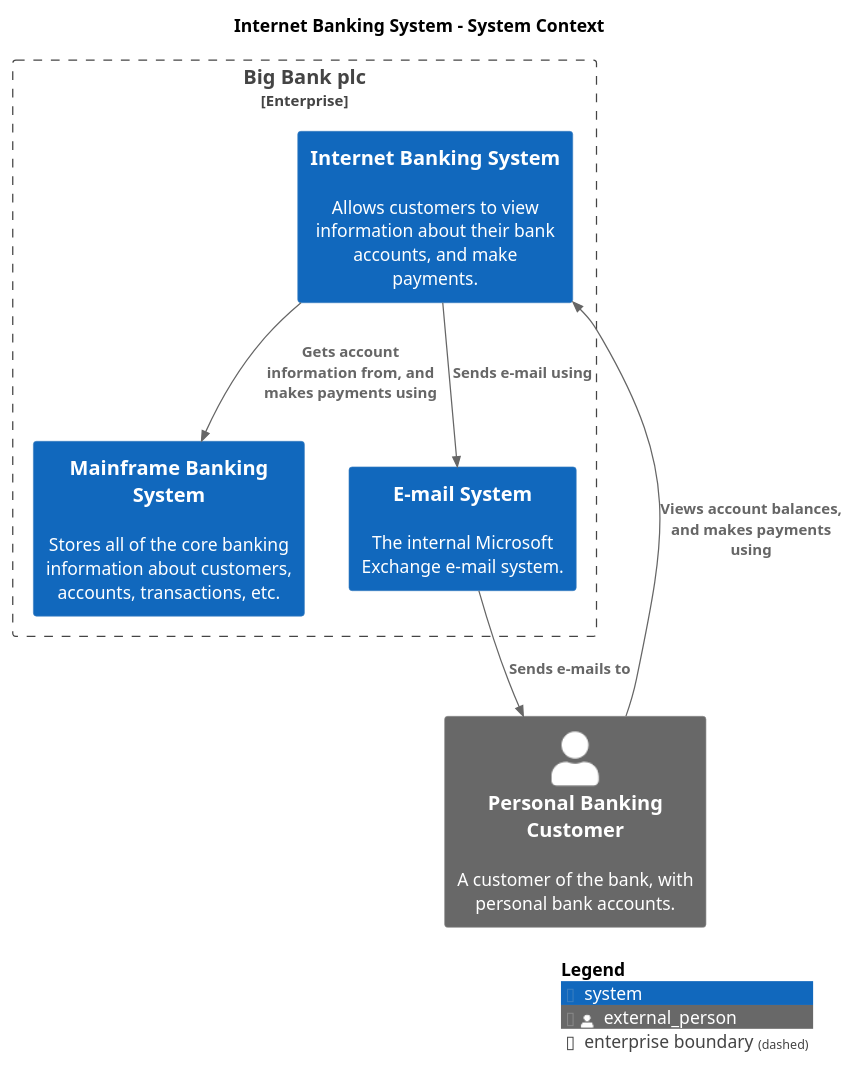
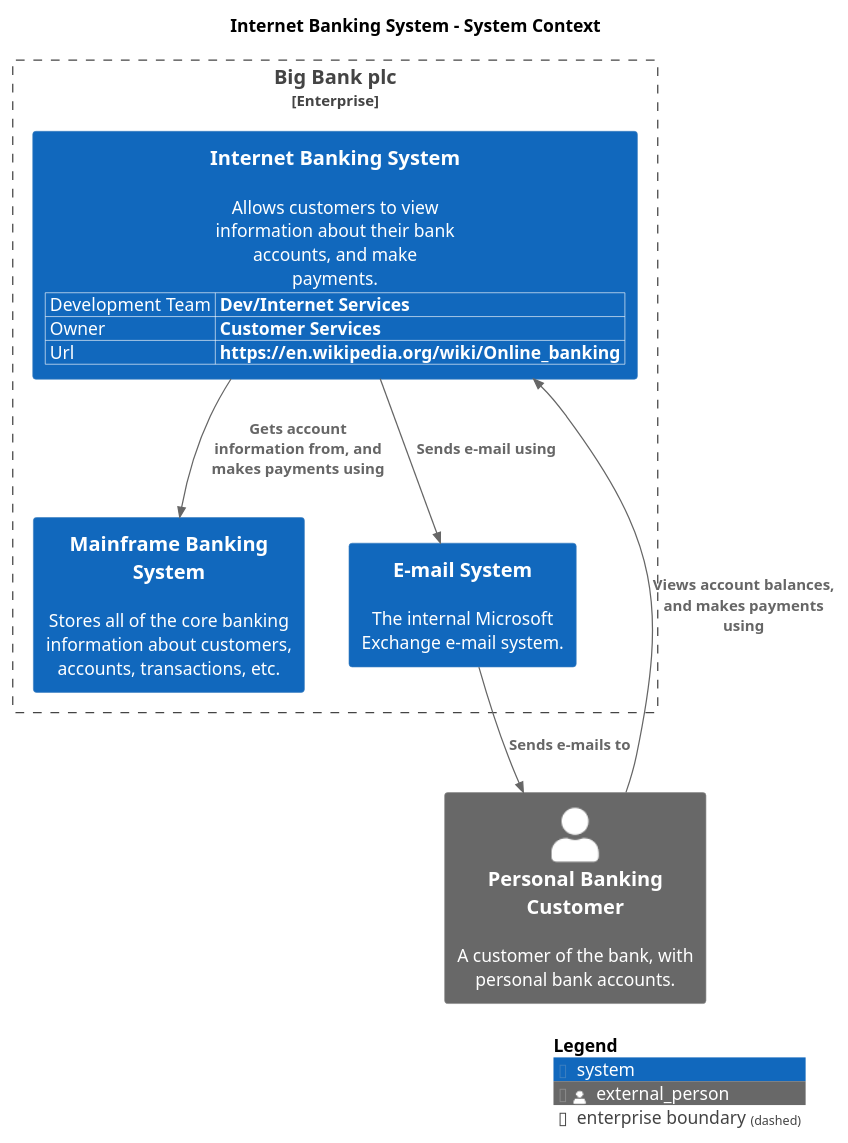
Before and after one commit to avisi-cloud/structurizr-site-generatr: the diagram in main/puml/SystemContext.puml, drawn with PlantUML. The commit also changed 109 other files, not shown here.

```diff
--- a/main/puml/SystemContext.puml
+++ b/main/puml/SystemContext.puml
@@ -1,23 +1,27 @@
 @startuml
 title Internet Banking System - System Context
 
 top to bottom direction
 
 !include https://raw.githubusercontent.com/plantuml-stdlib/C4-PlantUML/master/C4.puml
 !include https://raw.githubusercontent.com/plantuml-stdlib/C4-PlantUML/master/C4_Context.puml
 
 Enterprise_Boundary(enterprise, "Big Bank plc") {
   System(MainframeBankingSystem, "Mainframe Banking System", "Stores all of the core banking information about customers, accounts, transactions, etc.", $tags="")
   System(EmailSystem, "E-mail System", "The internal Microsoft Exchange e-mail system.", $tags="")
-  System(InternetBankingSystem, "Internet Banking System", "Allows customers to view information about their bank accounts, and make payments.", $tags="")[[https://en.wikipedia.org/wiki/Online_banking]]
+  WithoutPropertyHeader()
+  AddProperty("Development Team","Dev/Internet Services")
+  AddProperty("Owner","Customer Services")
+  AddProperty("Url","https://en.wikipedia.org/wiki/Online_banking")
+  System(InternetBankingSystem, "Internet Banking System", "Allows customers to view information about their bank accounts, and make payments.", $tags="")
 }
 
 Person_Ext(PersonalBankingCustomer, "Personal Banking Customer", "A customer of the bank, with personal bank accounts.", $tags="")
 
 Rel_D(PersonalBankingCustomer, InternetBankingSystem, "Views account balances, and makes payments using", $tags="")
 Rel_D(InternetBankingSystem, MainframeBankingSystem, "Gets account information from, and makes payments using", $tags="")
 Rel_D(InternetBankingSystem, EmailSystem, "Sends e-mail using", $tags="")
 Rel_D(EmailSystem, PersonalBankingCustomer, "Sends e-mails to", $tags="")
 
 SHOW_LEGEND()
 @enduml
```
